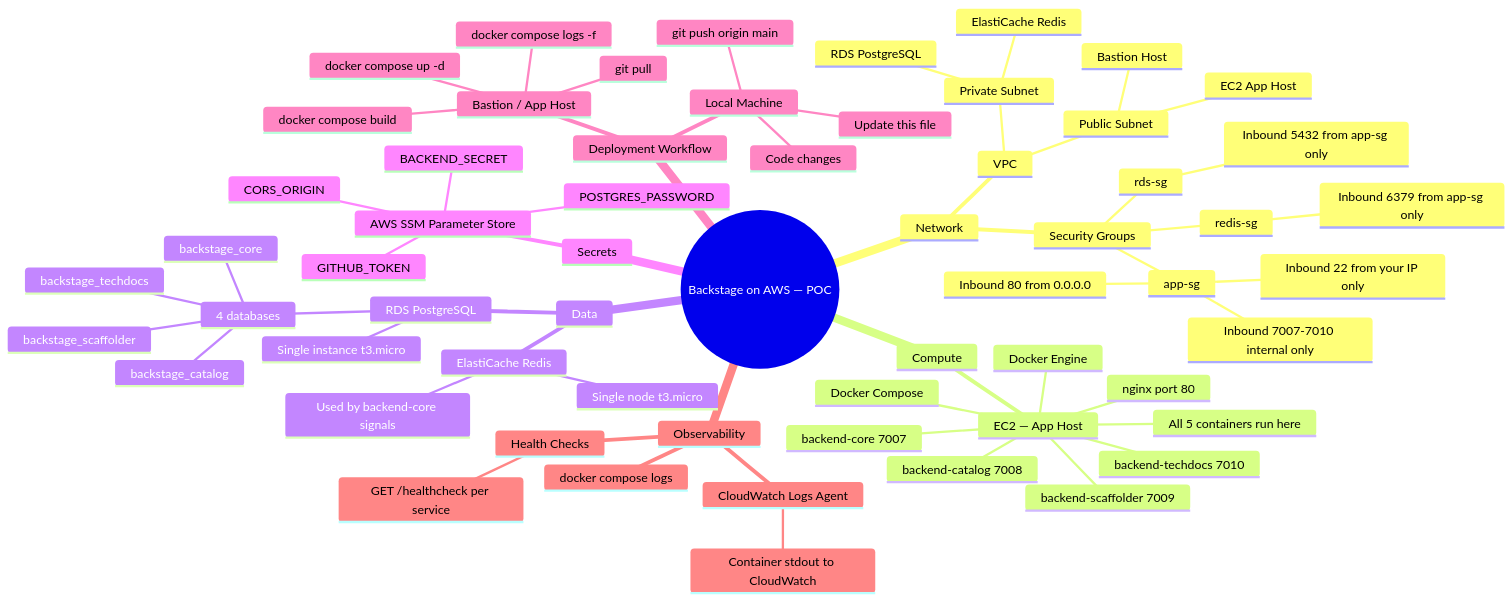
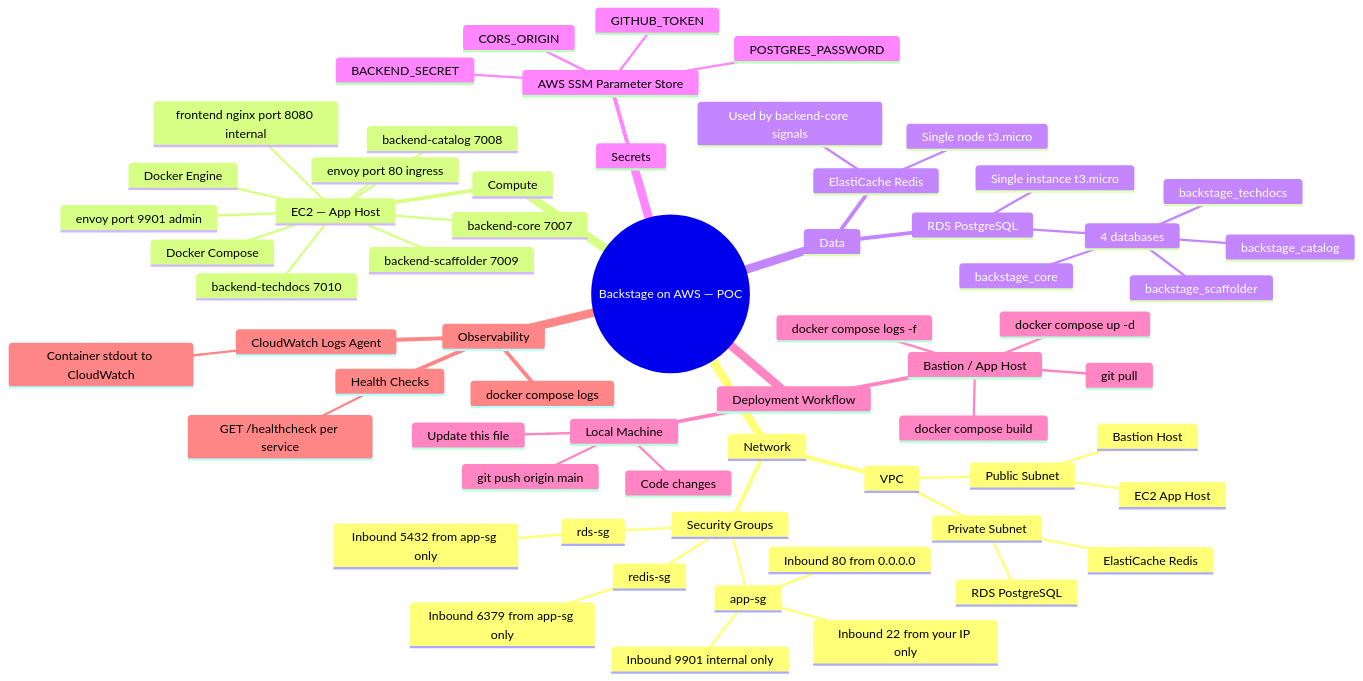
One commit to k3mahesh/backstage-micro-service changed the diagram in deploy-on-aws.md. Above: the diagram before and after it, drawn with Mermaid. The commit also changed other lines of this file and 4 other files, not shown here.

First line of the commit message:
Replace nginx routing with Envoy proxy as ingress controller

````diff
--- a/deploy-on-aws.md
+++ b/deploy-on-aws.md
@@ -13,64 +13,65 @@
 ```mermaid
 mindmap
   root((Backstage on AWS — POC))
     Network
       VPC
         Public Subnet
           EC2 App Host
           Bastion Host
         Private Subnet
           RDS PostgreSQL
           ElastiCache Redis
       Security Groups
         app-sg
           Inbound 80 from 0.0.0.0
+          Inbound 9901 internal only
           Inbound 22 from your IP only
-          Inbound 7007-7010 internal only
         rds-sg
           Inbound 5432 from app-sg only
         redis-sg
           Inbound 6379 from app-sg only
     Compute
       EC2 — App Host
         Docker Engine
         Docker Compose
-        All 5 containers run here
-        nginx port 80
+        envoy port 80 ingress
+        envoy port 9901 admin
+        frontend nginx port 8080 internal
         backend-core 7007
         backend-catalog 7008
         backend-scaffolder 7009
         backend-techdocs 7010
     Data
       RDS PostgreSQL
         Single instance t3.micro
         4 databases
           backstage_core
           backstage_catalog
           backstage_scaffolder
           backstage_techdocs
       ElastiCache Redis
         Single node t3.micro
         Used by backend-core signals
     Secrets
       AWS SSM Parameter Store
         BACKEND_SECRET
         GITHUB_TOKEN
         POSTGRES_PASSWORD
         CORS_ORIGIN
     Deployment Workflow
       Local Machine
         Code changes
         Update this file
         git push origin main
       Bastion / App Host
         git pull
         docker compose build
         docker compose up -d
         docker compose logs -f
     Observability
       docker compose logs
       CloudWatch Logs Agent
         Container stdout to CloudWatch
       Health Checks
         GET /healthcheck per service
 ```
````
